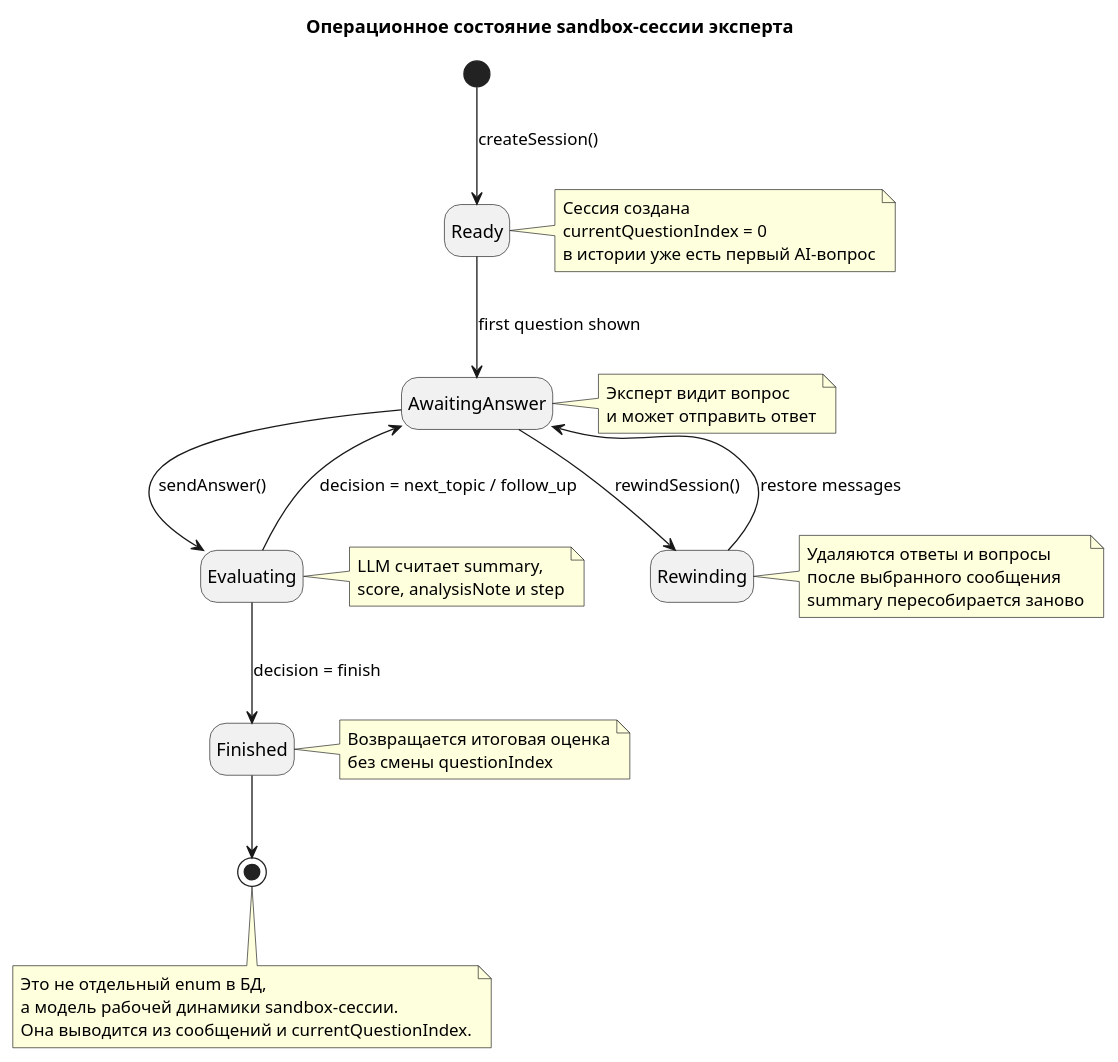
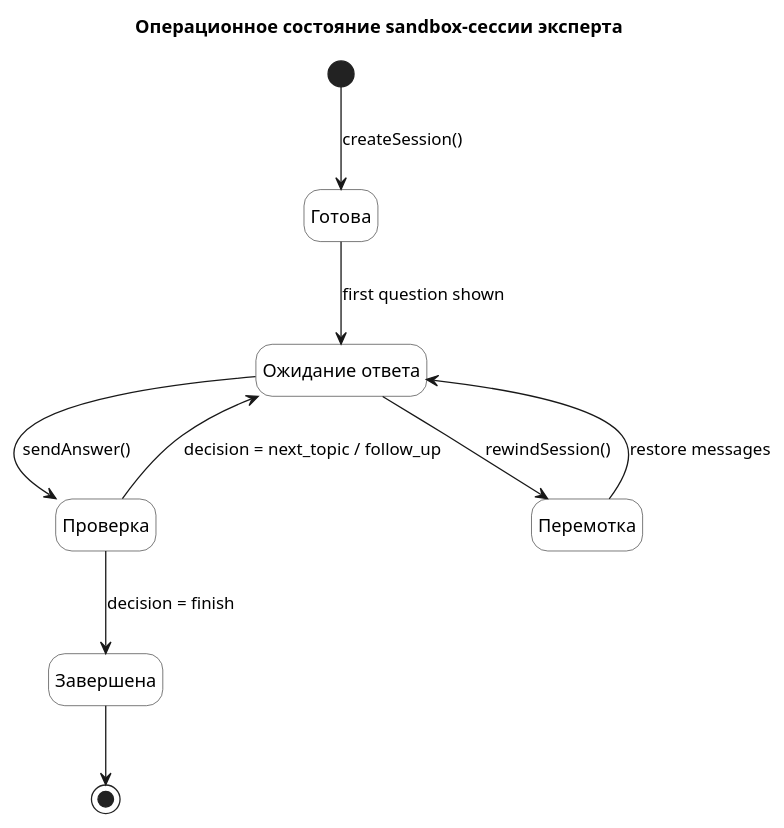
Before and after one commit to nifle3/diplom_work: the diagram in docs/state/04_sandbox_session_state.puml, drawn with PlantUML. The commit also changed 3 other files, not shown here.

```diff
--- a/docs/state/04_sandbox_session_state.puml
+++ b/docs/state/04_sandbox_session_state.puml
@@ -1,64 +1,35 @@
 @startuml 04_sandbox_session_state
 title Операционное состояние sandbox-сессии эксперта
 
 hide empty description
+skinparam state {
+  BackgroundColor White
+  BorderColor #333333
+}
 
 [*] --> Ready : createSession()
 
-state Ready
-
-note right of Ready
-  Сессия создана
-  currentQuestionIndex = 0
-  в истории уже есть первый AI-вопрос
-end note
+state "Готова" as Ready
 
 Ready --> AwaitingAnswer : first question shown
 
-state AwaitingAnswer
-
-note right of AwaitingAnswer
-  Эксперт видит вопрос
-  и может отправить ответ
-end note
+state "Ожидание ответа" as AwaitingAnswer
 
 AwaitingAnswer --> Evaluating : sendAnswer()
 
-state Evaluating
-
-note right of Evaluating
-  LLM считает summary,
-  score, analysisNote и step
-end note
+state "Проверка" as Evaluating
 
 Evaluating --> AwaitingAnswer : decision = next_topic / follow_up
 Evaluating --> Finished : decision = finish
 
-state Finished
-
-note right of Finished
-  Возвращается итоговая оценка
-  без смены questionIndex
-end note
+state "Завершена" as Finished
 
 AwaitingAnswer --> Rewinding : rewindSession()
 
-state Rewinding
-
-note right of Rewinding
-  Удаляются ответы и вопросы
-  после выбранного сообщения
-  summary пересобирается заново
-end note
+state "Перемотка" as Rewinding
 
 Rewinding --> AwaitingAnswer : restore messages
 
 Finished --> [*]
 
-note bottom
-  Это не отдельный enum в БД,
-  а модель рабочей динамики sandbox-сессии.
-  Она выводится из сообщений и currentQuestionIndex.
-end note
-
 @enduml
```
